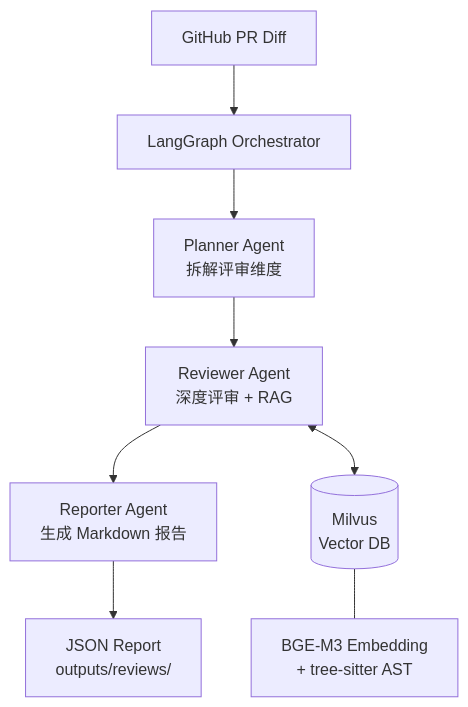
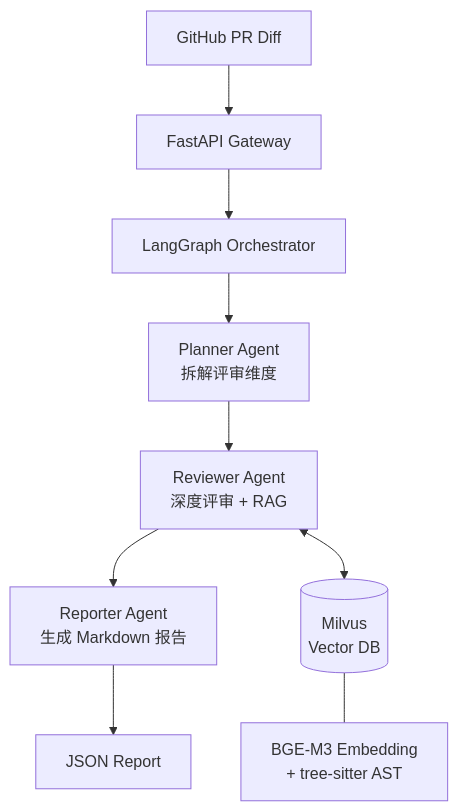
One commit to yuhaoshang157/Multi-agent-code-reviewer changed the diagram in README.md. Above: the diagram before and after it, drawn with Mermaid. The commit also changed other lines of this file and 6 other files, not shown here.

````diff
--- a/README.md
+++ b/README.md
@@ -7,10 +7,11 @@
 ```mermaid
 graph TD
-    A[GitHub PR Diff] --> B[LangGraph Orchestrator]
-    B --> C[Planner Agent\n拆解评审维度]
-    C --> D[Reviewer Agent\n深度评审 + RAG]
-    D --> E[Reporter Agent\n生成 Markdown 报告]
-    D <--> F[(Milvus\nVector DB)]
-    F --- G[BGE-M3 Embedding\n+ tree-sitter AST]
-    E --> H[JSON Report\noutputs/reviews/]
+    A[GitHub PR Diff] --> B[FastAPI Gateway]
+    B --> C[LangGraph Orchestrator]
+    C --> D[Planner Agent\n拆解评审维度]
+    D --> E[Reviewer Agent\n深度评审 + RAG]
+    E --> F[Reporter Agent\n生成 Markdown 报告]
+    E <--> G[(Milvus\nVector DB)]
+    G --- H[BGE-M3 Embedding\n+ tree-sitter AST]
+    F --> I[JSON Report]
 ```
````
